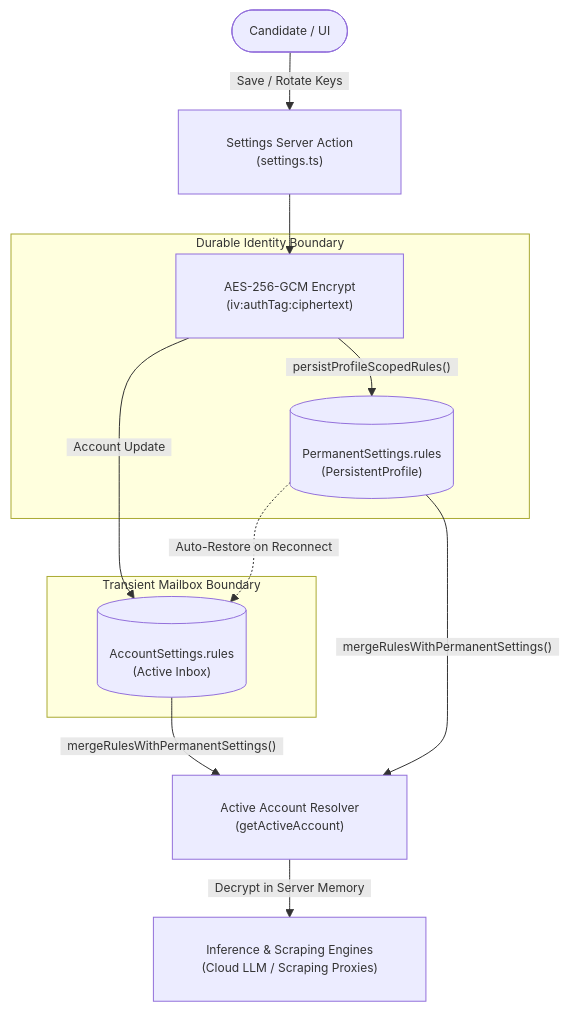
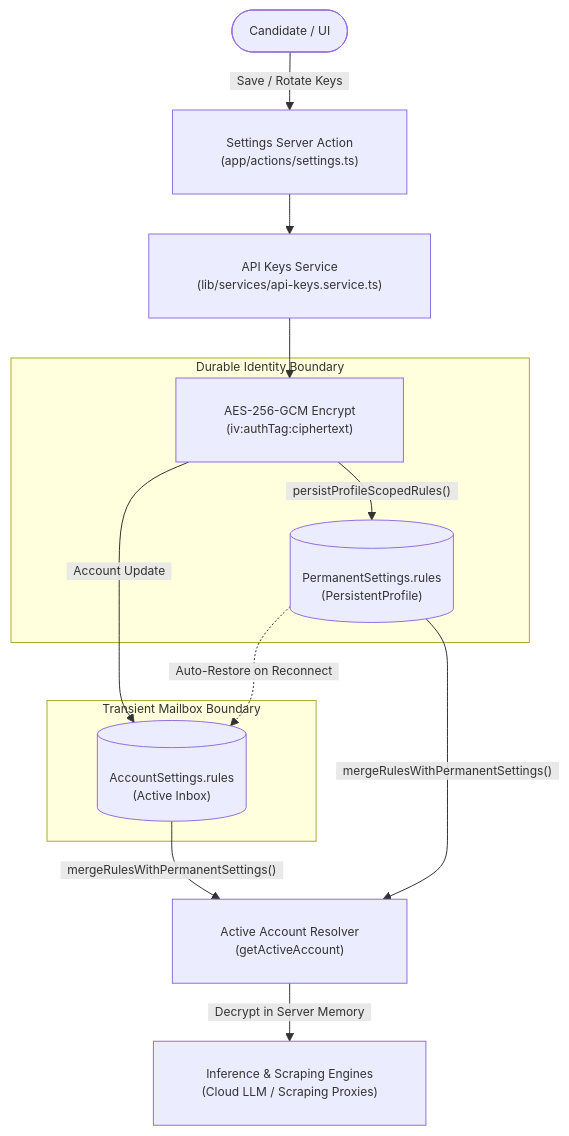
One commit to Marqlo-C/mailpilot changed diagram 15 of 18 in README.md. Above: the diagram before and after it, drawn with Mermaid. The commit also changed other lines of this file and 418 other files, not shown here.

````diff
--- a/README.md
+++ b/README.md
@@ -879,18 +1041,19 @@
 ```mermaid
 %%{init: {"themeVariables": {"fontSize": "12px", "fontFamily": "-apple-system, BlinkMacSystemFont, Segoe UI, sans-serif"}, "themeCSS": ".edgeLabel foreignObject { overflow: visible !important; } .edgeLabel span { padding: 0 4px; }", "flowchart": {"padding": 24, "nodeSpacing": 40, "rankSpacing": 40}}}%%
 flowchart TD
-  User(["Candidate / UI"]) -->|"&nbsp;&nbsp;Save / Rotate Keys&nbsp;&nbsp;"| Action["Settings Server Action<br/>(settings.ts)"]
-  Action --> Encrypt["AES-256-GCM Encrypt<br/>(iv:authTag:ciphertext)"]
+  User(["Candidate / UI"]) -->|"&nbsp;&nbsp;Save / Rotate Keys&nbsp;&nbsp;"| Action["Settings Server Action<br/>(app/actions/settings.ts)"]
+  Action --> SVC["API Keys Service<br/>(lib/services/api-keys.service.ts)"]
+  SVC --> Encrypt["AES-256-GCM Encrypt<br/>(iv:authTag:ciphertext)"]
 
   subgraph DurableIdentity["Durable Identity Boundary"]
     Encrypt -->|"&nbsp;&nbsp;persistProfileScopedRules()&nbsp;&nbsp;"| PS[("PermanentSettings.rules<br/>(PersistentProfile)")]
   end
 
   subgraph TransientInbox["Transient Mailbox Boundary"]
     Encrypt -->|"&nbsp;&nbsp;Account Update&nbsp;&nbsp;"| AS[("AccountSettings.rules<br/>(Active Inbox)")]
   end
 
   AS & PS -->|"&nbsp;&nbsp;mergeRulesWithPermanentSettings()&nbsp;&nbsp;"| Resolve["Active Account Resolver<br/>(getActiveAccount)"]
   Resolve -->|"&nbsp;&nbsp;Decrypt in Server Memory&nbsp;&nbsp;"| Dispatch["Inference & Scraping Engines<br/>(Cloud LLM / Scraping Proxies)"]
   PS -.->|"&nbsp;&nbsp;Auto-Restore on Reconnect&nbsp;&nbsp;"| AS
 ```
````
